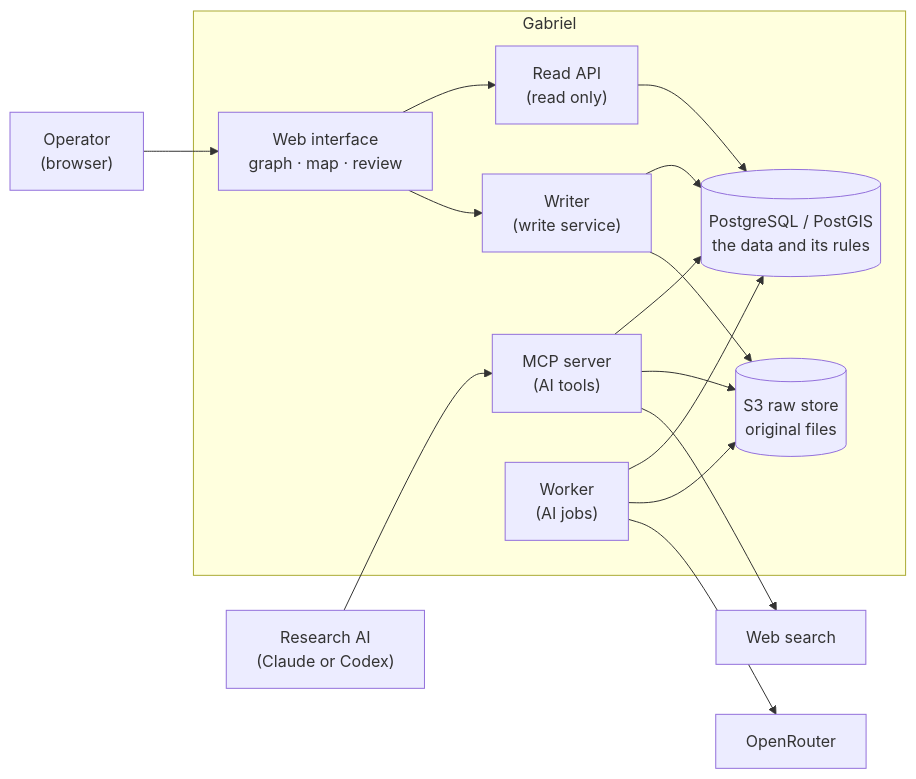
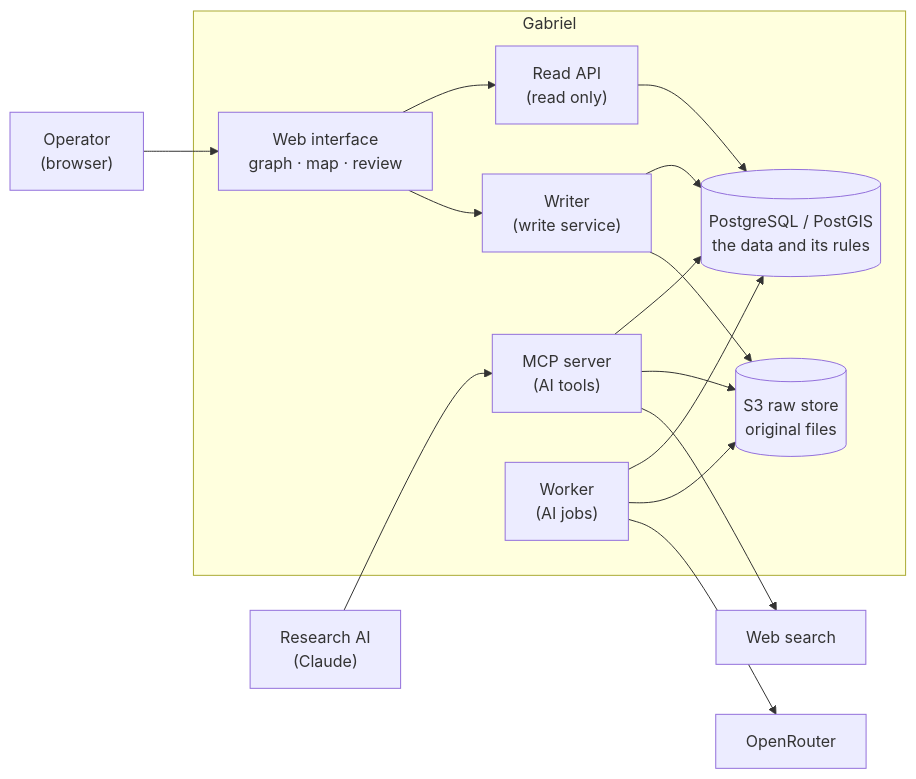
Before and after one commit to gabriel-neutron/GAB: the diagram in docs/spec.md, drawn with Mermaid. The commit also changed 46 other files, not shown here.

````diff
--- a/docs/spec.md
+++ b/docs/spec.md
@@ -8,29 +8,29 @@
 ```mermaid
 flowchart LR
     OP["Operator<br/>(browser)"]
-    AI["Research AI<br/>(Claude or Codex)"]
+    AI["Research AI<br/>(Claude)"]
 
     subgraph APP["Gabriel"]
         UI["Web interface<br/>graph · map · review"]
         READ["Read API<br/>(read only)"]
         WRITE["Writer<br/>(write service)"]
         MCP["MCP server<br/>(AI tools)"]
         WORK["Worker<br/>(AI jobs)"]
         DB[("PostgreSQL / PostGIS<br/>the data and its rules")]
         RAW[("S3 raw store<br/>original files")]
     end
 
     MODEL["OpenRouter"]
     SEARCH["Web search"]
 
     OP --> UI
     UI --> READ --> DB
     UI --> WRITE --> DB
     WRITE --> RAW
     AI --> MCP --> DB
     MCP --> RAW
     MCP --> SEARCH
     WORK --> DB
     WORK --> RAW
     WORK --> MODEL
 ```
````
